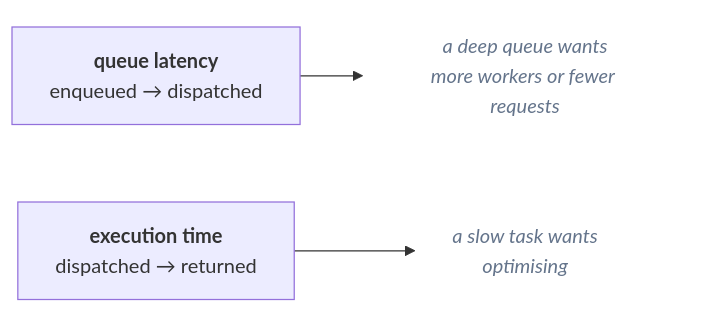
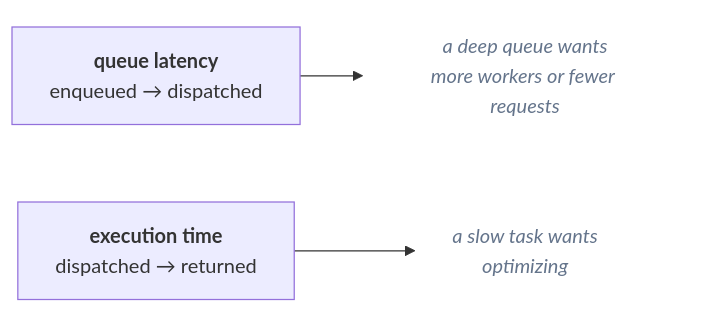
The fourth of 4 diagrams in docs/concepts/workers.md (jonjaques/inertialref), drawn with Mermaid before and after one commit. The commit also changed other lines of this file and 83 other files, not shown here.

````diff
--- a/docs/concepts/workers.md
+++ b/docs/concepts/workers.md
@@ -116,8 +116,8 @@
 ```mermaid
 flowchart LR
     Q["<b>queue latency</b><br/>enqueued → dispatched"] --> QF["a deep queue wants<br/>more workers or fewer requests"]
-    R["<b>execution time</b><br/>dispatched → returned"] --> RF["a slow task wants<br/>optimising"]
+    R["<b>execution time</b><br/>dispatched → returned"] --> RF["a slow task wants<br/>optimizing"]
 
     classDef note fill:none,stroke:none,color:#64748b,font-style:italic
     class QF,RF note
 ```
````
